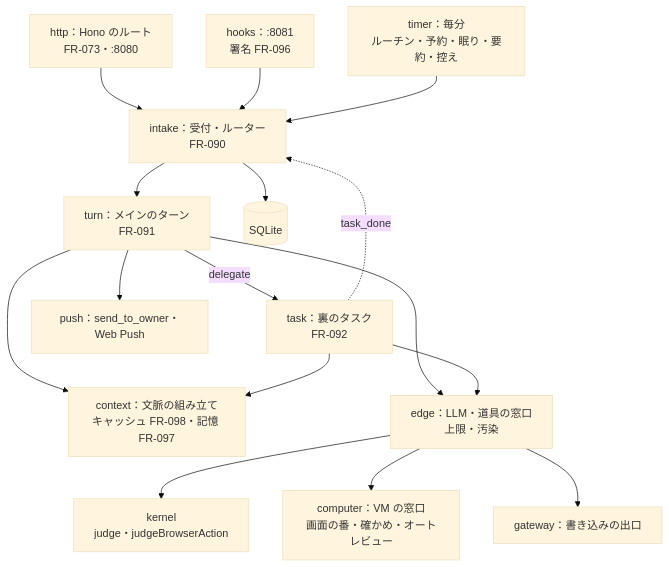
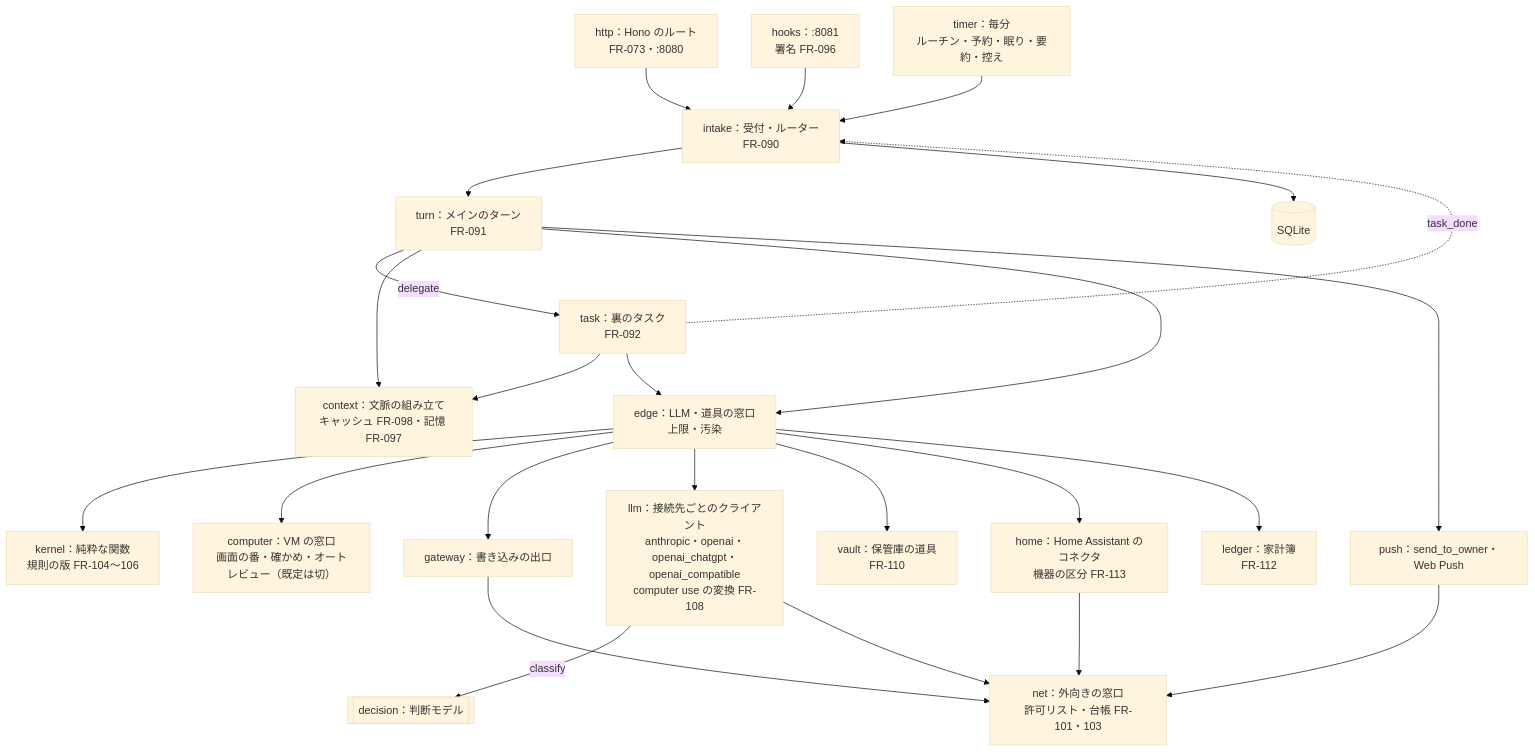
Before and after one commit to itiwoja/agent-team: the third of 3 diagrams in docs/design/07_architecture.md, drawn with Mermaid (base theme). The commit also changed other lines of this file and 39 other files, not shown here.

````diff
--- a/docs/design/07_architecture.md
+++ b/docs/design/07_architecture.md
@@ -94,18 +111,27 @@
 ```mermaid
 flowchart TB
  HTTP["http：Hono のルート<br/>FR-073・:8080"] --> IN["intake：受付・ルーター<br/>FR-090"]
  HOOK["hooks：:8081<br/>署名 FR-096"] --> IN
  TMR["timer：毎分<br/>ルーチン・予約・眠り・要約・控え"] --> IN
  IN --> TURN["turn：メインのターン<br/>FR-091"]
  TURN -->|"delegate"| TASK["task：裏のタスク<br/>FR-092"]
  TASK -.->|"task_done"| IN
  TURN --> CTX["context：文脈の組み立て<br/>キャッシュ FR-098・記憶 FR-097"]
  TASK --> CTX
  TURN --> EDGE["edge：LLM・道具の窓口<br/>上限・汚染"]
  TASK --> EDGE
- EDGE --> K["kernel<br/>judge・judgeBrowserAction"]
- EDGE --> CU["computer：VM の窓口<br/>画面の番・確かめ・オートレビュー"]
+ EDGE --> K["kernel：純粋な関数<br/>規則の版 FR-104〜106"]
+ EDGE --> CU["computer：VM の窓口<br/>画面の番・確かめ・オートレビュー（既定は切）"]
  EDGE --> GW["gateway：書き込みの出口"]
+ EDGE --> LLM["llm：接続先ごとのクライアント<br/>anthropic・openai・openai_chatgpt・openai_compatible<br/>computer use の変換 FR-108"]
  TURN --> PUSH["push：send_to_owner・Web Push"]
+ EDGE --> VLT["vault：保管庫の道具<br/>FR-110"]
+ EDGE --> HOME["home：Home Assistant のコネクタ<br/>機器の区分 FR-113"]
+ EDGE --> LDG["ledger：家計簿<br/>FR-112"]
+ LLM -->|"classify"| DEC[["decision：判断モデル"]]
+ HOME --> NET
+ LLM --> NET["net：外向きの窓口<br/>許可リスト・台帳 FR-101・103"]
+ GW --> NET
+ PUSH --> NET
  IN --> DB[("SQLite")]
 ```
````
